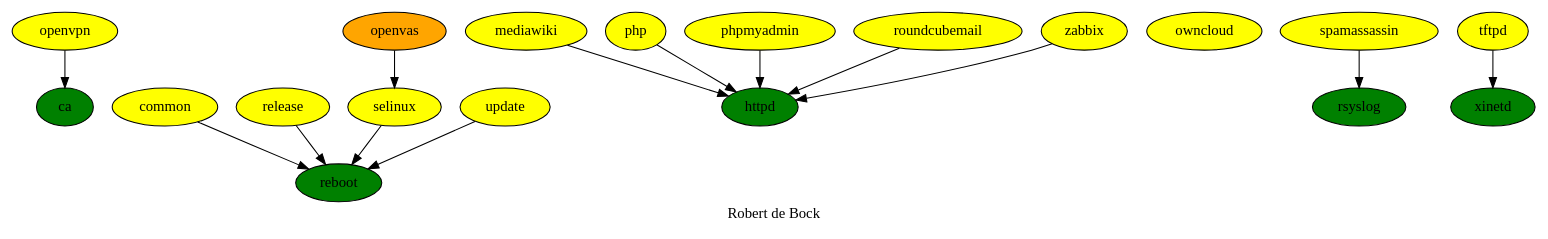
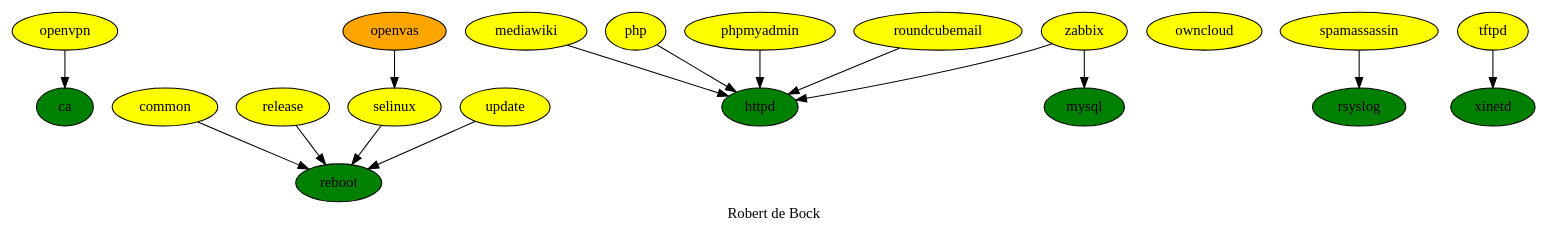
One commit to robertdebock/drawings changed the diagram in hard-dependencies.dot. Above: the diagram before and after it, drawn with Graphviz.

Commit message:
Depend on mysql.

```diff
--- a/hard-dependencies.dot
+++ b/hard-dependencies.dot
@@ -1,30 +1,32 @@
 digraph hierarchy {
   label = "Robert de Bock" ;
   {
     ca [fillcolor=green style=filled]
     common [fillcolor=yellow style=filled]
     httpd [fillcolor=green style=filled]
     mediawiki [fillcolor=yellow style=filled]
+    mysql [fillcolor=green style=filled]
     openvas [fillcolor=orange style=filled]
     openvpn [fillcolor=yellow style=filled]
     owncloud [fillcolor=yellow style=filled]
     php [fillcolor=yellow style=filled]
     phpmyadmin [fillcolor=yellow style=filled]
     reboot [fillcolor=green style=filled]
     release [fillcolor=yellow style=filled]
     roundcubemail [fillcolor=yellow style=filled]
     rsyslog [fillcolor=green style=filled]
     selinux [fillcolor=yellow style=filled]
     spamassassin [fillcolor=yellow style=filled]
     tftpd [fillcolor=yellow style=filled]
     update [fillcolor=yellow style=filled]
     xinetd [fillcolor=green style=filled]
     zabbix [fillcolor=yellow style=filled]
   }
   {openvpn} -> ca
   {common release selinux update} -> reboot
   openvas -> selinux
   {mediawiki php phpmyadmin roundcubemail zabbix}-> httpd
   spamassassin -> rsyslog
   tftpd -> xinetd
+  zabbix -> mysql
 }
```
